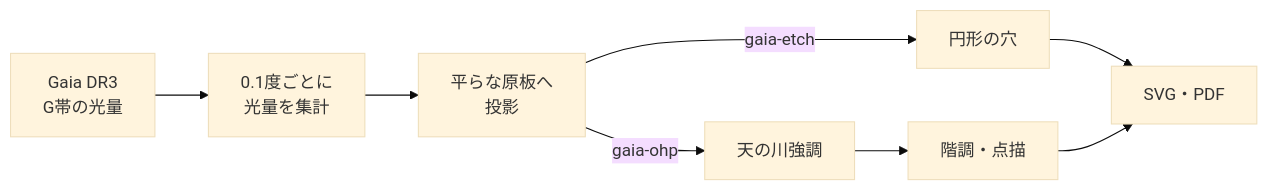
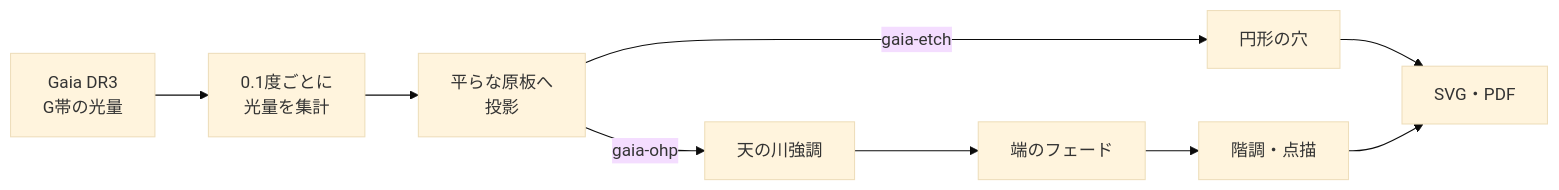
One commit to asanumakottii-collab/GingaForge changed the diagram in README.md. Above: the diagram before and after it, drawn with Mermaid (base theme). The commit also changed other lines of this file and 7 other files, not shown here.

````diff
--- a/README.md
+++ b/README.md
@@ -86,10 +87,11 @@
 ```mermaid
 flowchart LR
     A["Gaia DR3<br/>G帯の光量"] --> B["0.1度ごとに<br/>光量を集計"]
     B --> C["平らな原板へ<br/>投影"]
     C -->|gaia-etch| D["円形の穴"]
     C -->|gaia-ohp| E["天の川強調"]
-    E --> F["階調・点描"]
+    E --> H["端のフェード"]
+    H --> F["階調・点描"]
     D --> G["SVG・PDF"]
     F --> G
 ```
````
